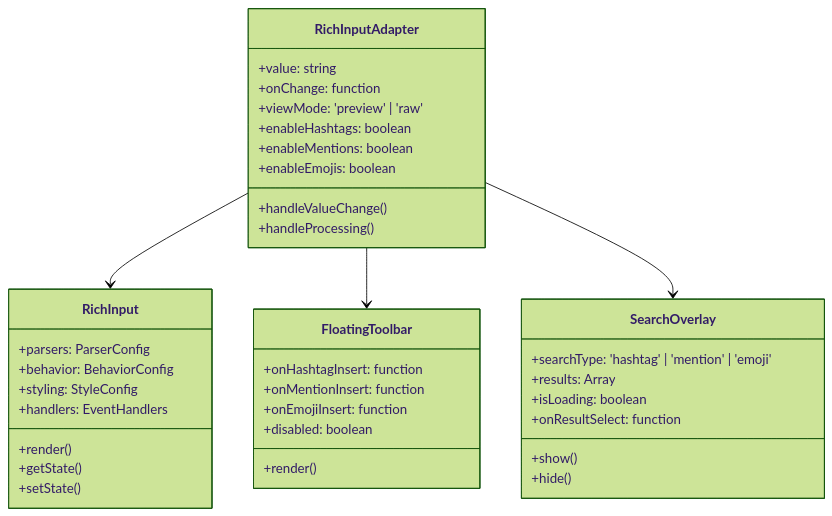
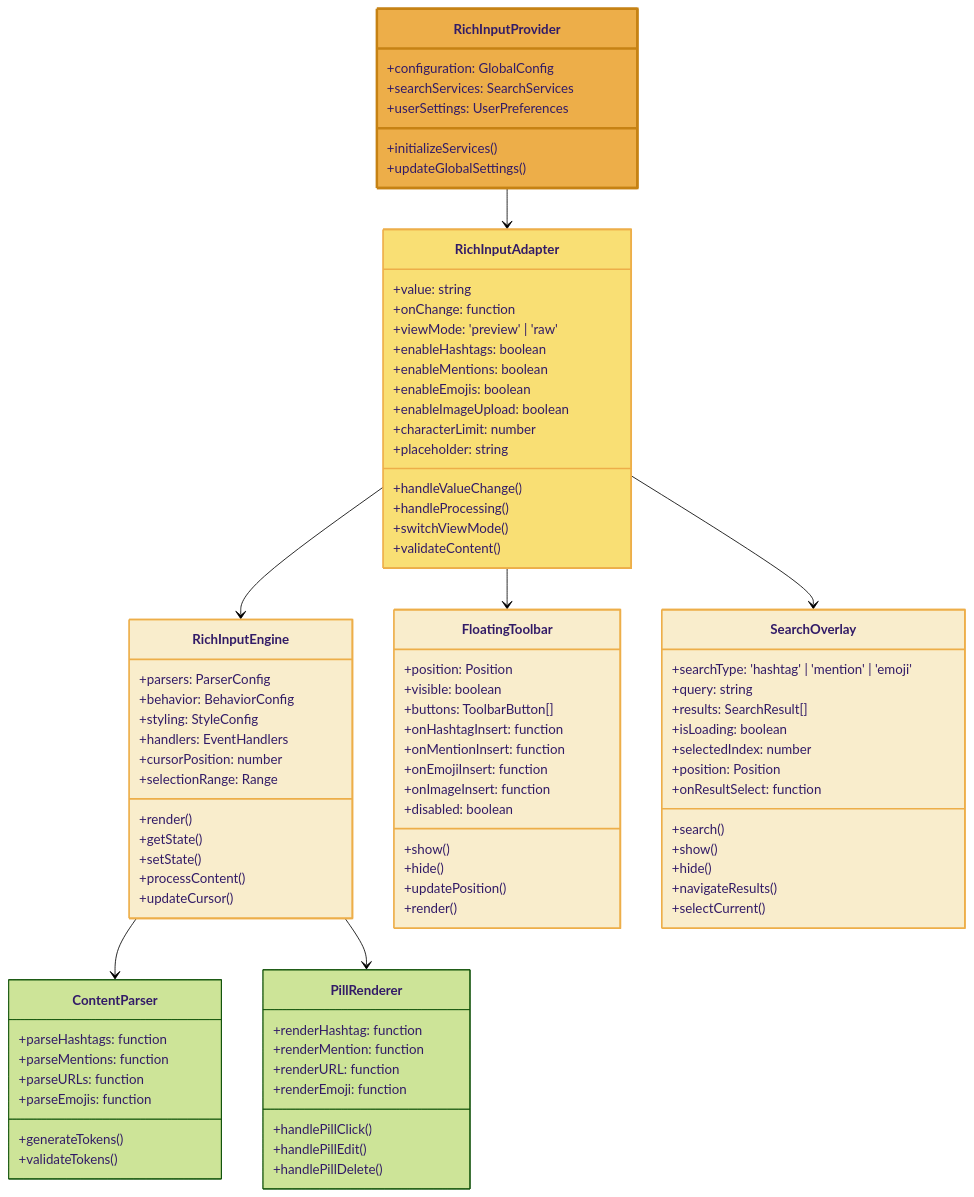
Before and after one commit to Underwood-Inc/idling.app__UI: diagram 11 of 16 in src/components/rich-input-system/index.md, drawn with Mermaid (forest theme). The commit also changed other lines of this file and 183 other files, not shown here.

````diff
--- a/src/components/rich-input-system/index.md
+++ b/src/components/rich-input-system/index.md
@@ -397,5 +715,13 @@
 ```mermaid
 classDiagram
+    class RichInputProvider {
+        +configuration: GlobalConfig
+        +searchServices: SearchServices
+        +userSettings: UserPreferences
+        +initializeServices()
+        +updateGlobalSettings()
+    }
+
     class RichInputAdapter {
         +value: string
         +onChange: function
@@ -403,38 +729,88 @@
         +enableHashtags: boolean
         +enableMentions: boolean
         +enableEmojis: boolean
+        +enableImageUpload: boolean
+        +characterLimit: number
+        +placeholder: string
         +handleValueChange()
         +handleProcessing()
+        +switchViewMode()
+        +validateContent()
     }
 
-    class RichInput {
+    class RichInputEngine {
         +parsers: ParserConfig
         +behavior: BehaviorConfig
         +styling: StyleConfig
         +handlers: EventHandlers
+        +cursorPosition: number
+        +selectionRange: Range
         +render()
         +getState()
         +setState()
+        +processContent()
+        +updateCursor()
     }
 
     class FloatingToolbar {
+        +position: Position
+        +visible: boolean
+        +buttons: ToolbarButton[]
         +onHashtagInsert: function
         +onMentionInsert: function
         +onEmojiInsert: function
+        +onImageInsert: function
         +disabled: boolean
+        +show()
+        +hide()
+        +updatePosition()
         +render()
     }
 
     class SearchOverlay {
         +searchType: 'hashtag' | 'mention' | 'emoji'
-        +results: Array
+        +query: string
+        +results: SearchResult[]
         +isLoading: boolean
+        +selectedIndex: number
+        +position: Position
         +onResultSelect: function
+        +search()
         +show()
         +hide()
+        +navigateResults()
+        +selectCurrent()
     }
 
-    RichInputAdapter --> RichInput
+    class ContentParser {
+        +parseHashtags: function
+        +parseMentions: function
+        +parseURLs: function
+        +parseEmojis: function
+        +generateTokens()
+        +validateTokens()
+    }
+
+    class PillRenderer {
+        +renderHashtag: function
+        +renderMention: function
+        +renderURL: function
+        +renderEmoji: function
+        +handlePillClick()
+        +handlePillEdit()
+        +handlePillDelete()
+    }
+
+    RichInputProvider --> RichInputAdapter
+    RichInputAdapter --> RichInputEngine
     RichInputAdapter --> FloatingToolbar
     RichInputAdapter --> SearchOverlay
+    RichInputEngine --> ContentParser
+    RichInputEngine --> PillRenderer
+
+    style RichInputProvider fill:#edae49,stroke:#c68214,stroke-width:3px
+    style RichInputAdapter fill:#f9df74,stroke:#edae49,stroke-width:2px
+    style RichInputEngine fill:#f9edcc,stroke:#edae49,stroke-width:2px
+    style FloatingToolbar fill:#f9edcc,stroke:#edae49,stroke-width:2px
+    style SearchOverlay fill:#f9edcc,stroke:#edae49,stroke-width:2px
 ```
````
